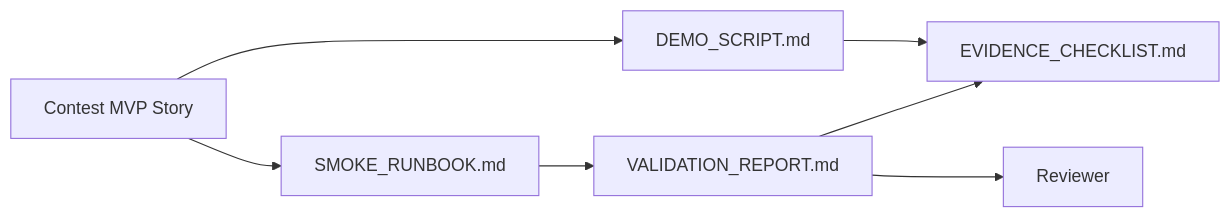
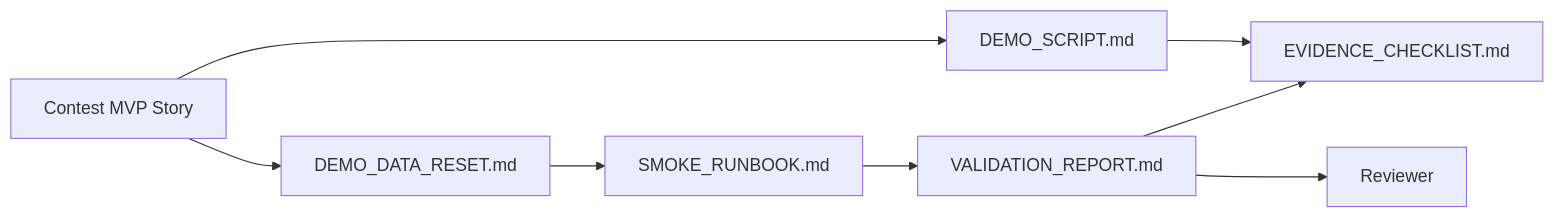
One commit to Creative-Science-Contest-2026/Multiagent-learning-platform changed the diagram in docs/contest/README.md. Above: the diagram before and after it, drawn with Mermaid. The commit also changed other lines of this file and 10 other files, not shown here.

Commit message:
docs: add contest demo data reset runbook

````diff
--- a/docs/contest/README.md
+++ b/docs/contest/README.md
@@ -56,16 +57,18 @@
 ```mermaid
 flowchart LR
   Goal["Contest MVP Story"]
+  Reset["DEMO_DATA_RESET.md"]
   Smoke["SMOKE_RUNBOOK.md"]
   Demo["DEMO_SCRIPT.md"]
   Checklist["EVIDENCE_CHECKLIST.md"]
   Validation["VALIDATION_REPORT.md"]
   Reviewer["Reviewer"]
 
-  Goal --> Smoke
+  Goal --> Reset
+  Reset --> Smoke
   Smoke --> Validation
   Validation --> Checklist
   Goal --> Demo
   Demo --> Checklist
   Validation --> Reviewer
 ```
````
